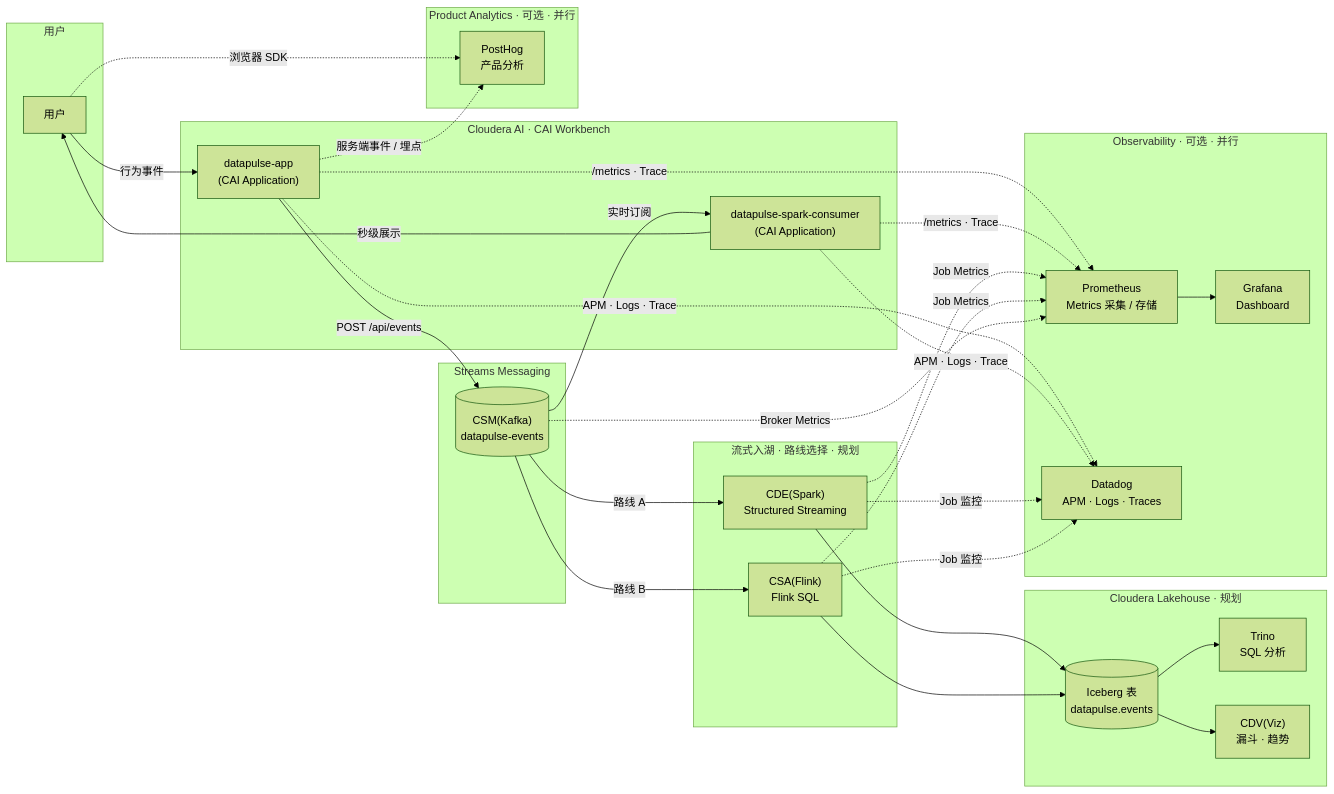
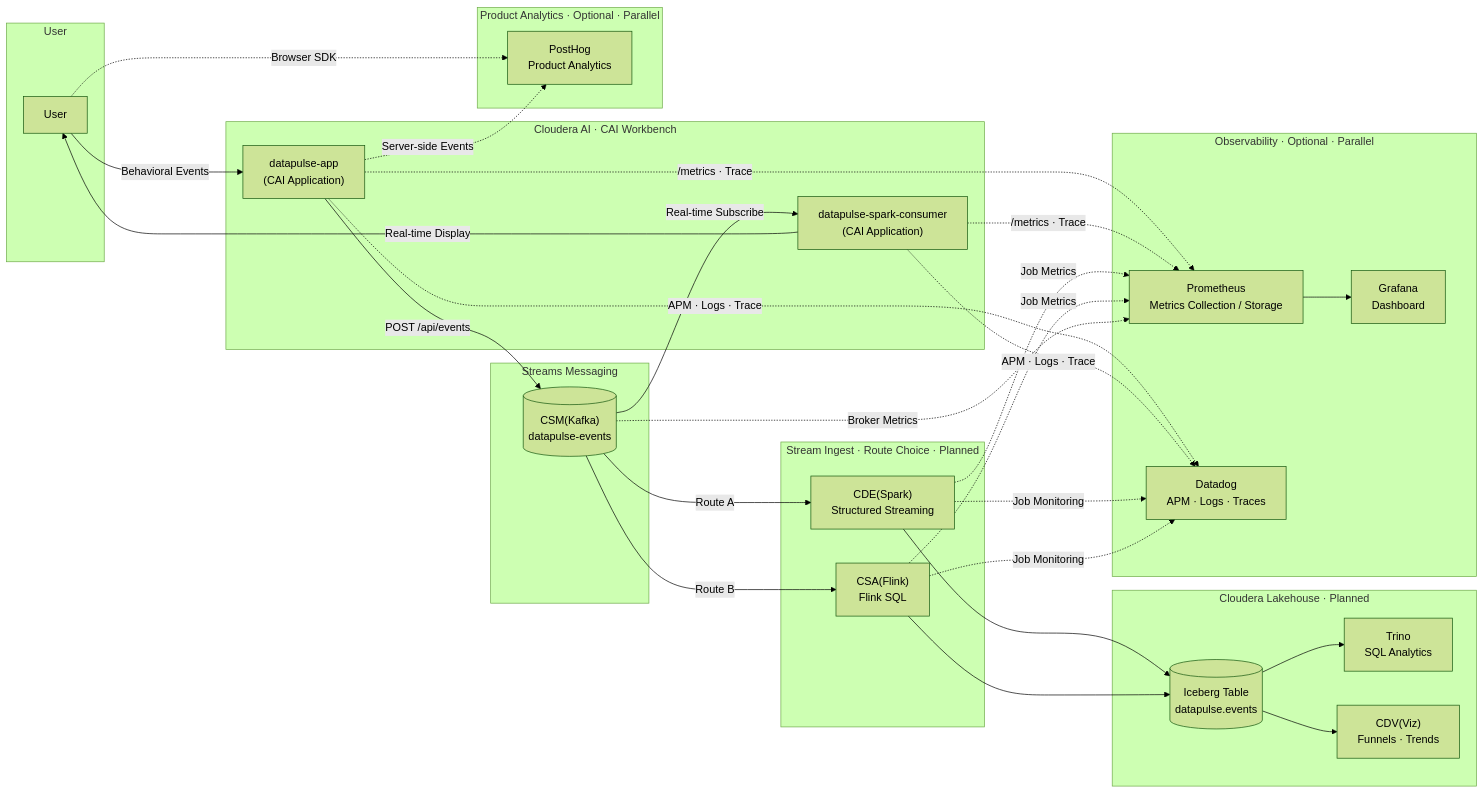
One commit to will-sh/datapulse changed the diagram in README.md. Above: the diagram before and after it, drawn with Mermaid (forest theme).

Commit message:
docs: use English-only labels in architecture Mermaid diagram

````diff
--- a/README.md
+++ b/README.md
@@ -9,63 +9,63 @@
 ```mermaid
 flowchart LR
-    subgraph UserLayer["用户"]
-        User["用户"]
+    subgraph UserLayer["User"]
+        User["User"]
     end
 
     subgraph CAI["Cloudera AI · CAI Workbench"]
         Producer["datapulse-app<br/>(CAI Application)"]
         Consumer["datapulse-spark-consumer<br/>(CAI Application)"]
     end
 
     subgraph CSM["Streams Messaging"]
         Kafka[("CSM(Kafka)<br/>datapulse-events")]
     end
 
-    subgraph Ingest["流式入湖 · 路线选择 · 规划"]
+    subgraph Ingest["Stream Ingest · Route Choice · Planned"]
         CDE["CDE(Spark)<br/>Structured Streaming"]
         CSA["CSA(Flink)<br/>Flink SQL"]
     end
 
-    subgraph Lakehouse["Cloudera Lakehouse · 规划"]
-        Table[("Iceberg 表<br/>datapulse.events")]
-        Trino["Trino<br/>SQL 分析"]
-        CDV["CDV(Viz)<br/>漏斗 · 趋势"]
+    subgraph Lakehouse["Cloudera Lakehouse · Planned"]
+        Table[("Iceberg Table<br/>datapulse.events")]
+        Trino["Trino<br/>SQL Analytics"]
+        CDV["CDV(Viz)<br/>Funnels · Trends"]
     end
 
-    subgraph ProductAnalytics["Product Analytics · 可选 · 并行"]
-        PostHog["PostHog<br/>产品分析"]
+    subgraph ProductAnalytics["Product Analytics · Optional · Parallel"]
+        PostHog["PostHog<br/>Product Analytics"]
     end
 
-    subgraph Observability["Observability · 可选 · 并行"]
-        Prometheus["Prometheus<br/>Metrics 采集 / 存储"]
+    subgraph Observability["Observability · Optional · Parallel"]
+        Prometheus["Prometheus<br/>Metrics Collection / Storage"]
         Grafana["Grafana<br/>Dashboard"]
         Datadog["Datadog<br/>APM · Logs · Traces"]
     end
 
-    User -->|"行为事件"| Producer
+    User -->|"Behavioral Events"| Producer
     Producer -->|"POST /api/events"| Kafka
-    Kafka -->|"实时订阅"| Consumer
-    Consumer -->|"秒级展示"| User
+    Kafka -->|"Real-time Subscribe"| Consumer
+    Consumer -->|"Real-time Display"| User
 
-    Kafka -->|"路线 A"| CDE
-    Kafka -->|"路线 B"| CSA
+    Kafka -->|"Route A"| CDE
+    Kafka -->|"Route B"| CSA
     CDE --> Table
     CSA --> Table
     Table --> Trino
     Table --> CDV
 
-    User -.->|"浏览器 SDK"| PostHog
-    Producer -.->|"服务端事件 / 埋点"| PostHog
+    User -.->|"Browser SDK"| PostHog
+    Producer -.->|"Server-side Events"| PostHog
 
     Producer -.->|"/metrics · Trace"| Prometheus
     Consumer -.->|"/metrics · Trace"| Prometheus
     CDE -.->|"Job Metrics"| Prometheus
     CSA -.->|"Job Metrics"| Prometheus
     Kafka -.->|"Broker Metrics"| Prometheus
     Prometheus --> Grafana
 
     Producer -.->|"APM · Logs · Trace"| Datadog
     Consumer -.->|"APM · Logs · Trace"| Datadog
-    CDE -.->|"Job 监控"| Datadog
-    CSA -.->|"Job 监控"| Datadog
+    CDE -.->|"Job Monitoring"| Datadog
+    CSA -.->|"Job Monitoring"| Datadog
 ```
````
